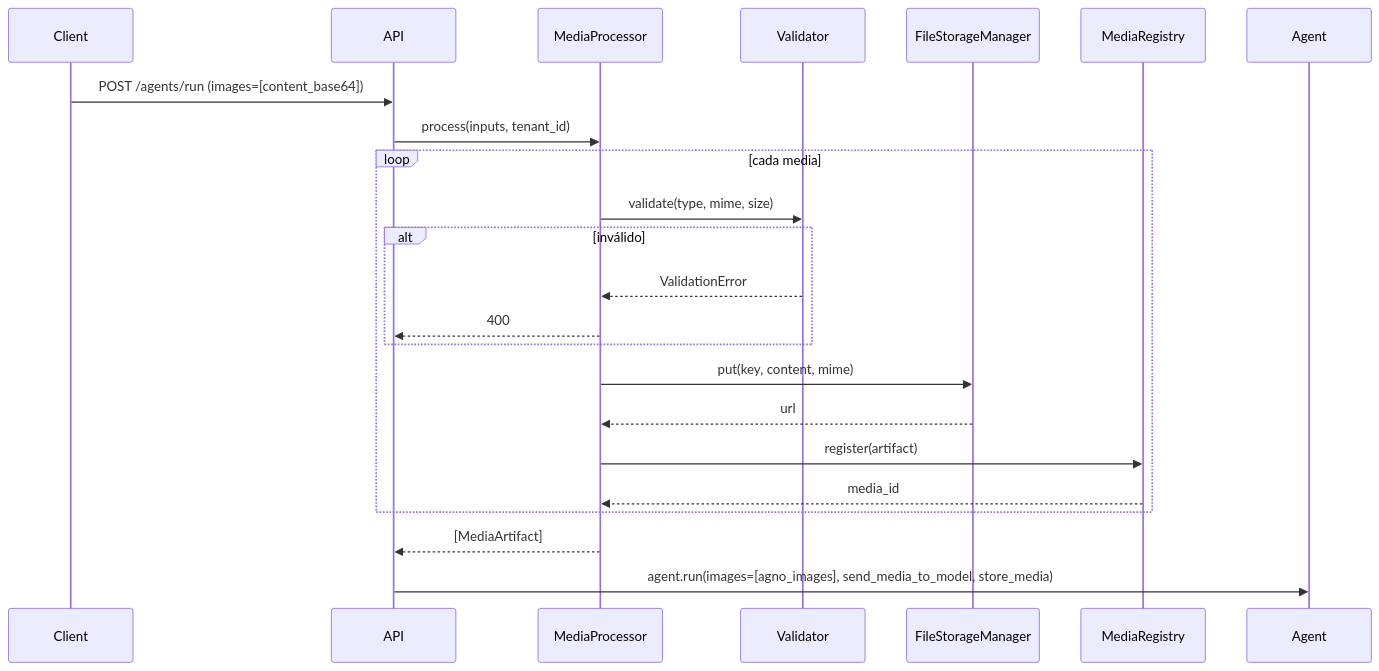
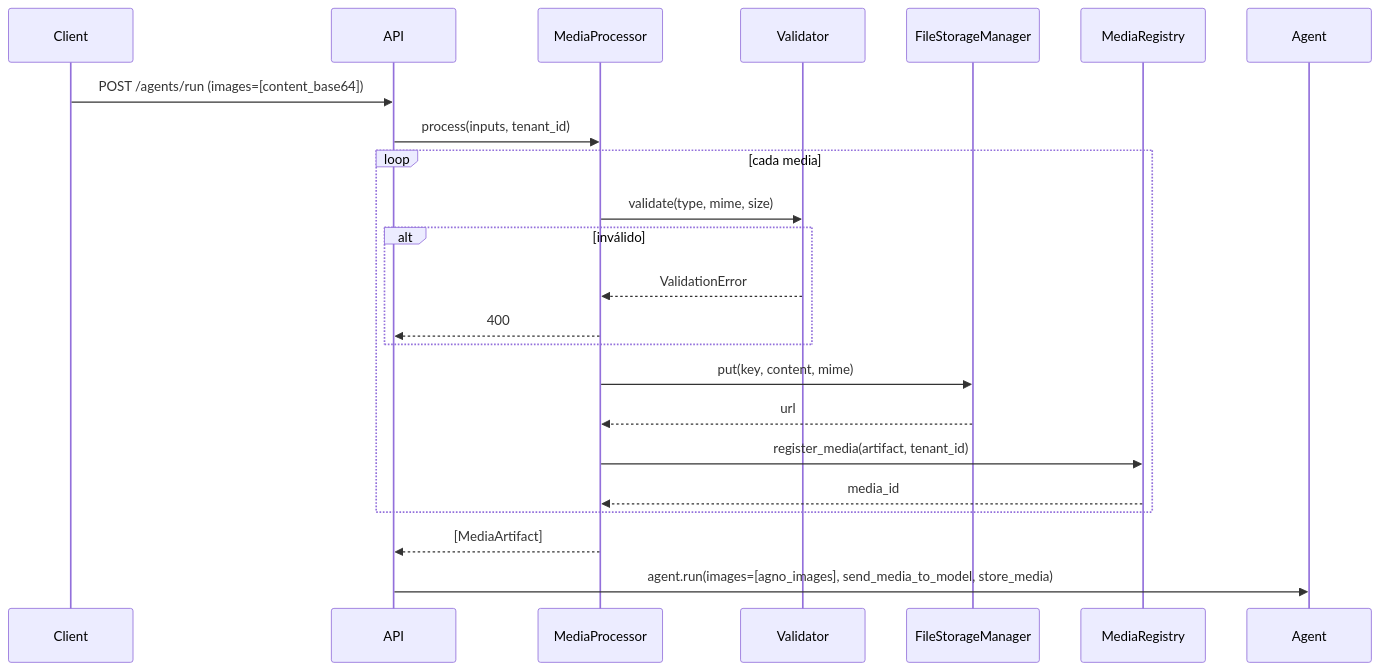
Before and after one commit to CENFARG/yaml-agno: the second of 2 diagrams in specs/SPEC_17_MULTIMODAL_IO.md, drawn with Mermaid. The commit also changed other lines of this file and 8 other files, not shown here.

````diff
--- a/specs/SPEC_17_MULTIMODAL_IO.md
+++ b/specs/SPEC_17_MULTIMODAL_IO.md
@@ -561,26 +678,26 @@
 ```mermaid
 sequenceDiagram
     participant C as Client
     participant API as API
     participant MP as MediaProcessor
     participant V as Validator
     participant FS as FileStorageManager
     participant MR as MediaRegistry
     participant A as Agent
 
     C->>API: POST /agents/run (images=[content_base64])
     API->>MP: process(inputs, tenant_id)
     loop cada media
         MP->>V: validate(type, mime, size)
         alt inválido
             V-->>MP: ValidationError
             MP-->>API: 400
         end
         MP->>FS: put(key, content, mime)
         FS-->>MP: url
-        MP->>MR: register(artifact)
+        MP->>MR: register_media(artifact, tenant_id)
         MR-->>MP: media_id
     end
     MP-->>API: [MediaArtifact]
     API->>A: agent.run(images=[agno_images], send_media_to_model, store_media)
 ```
````
